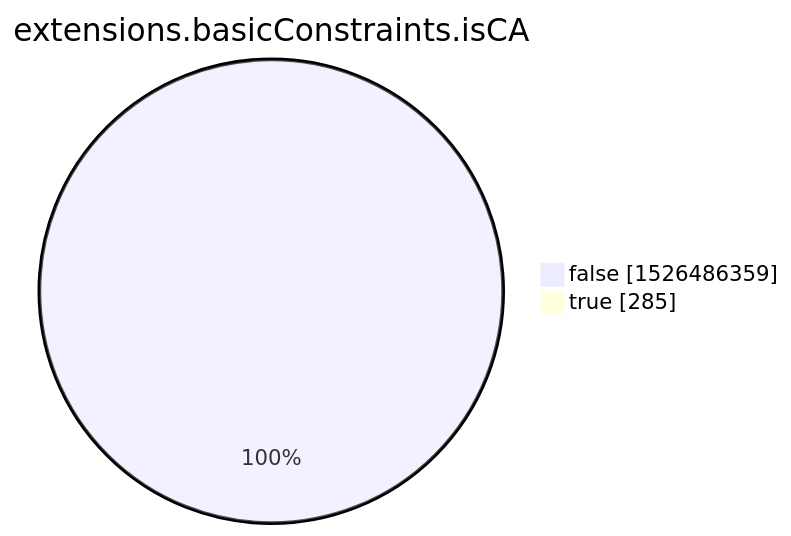
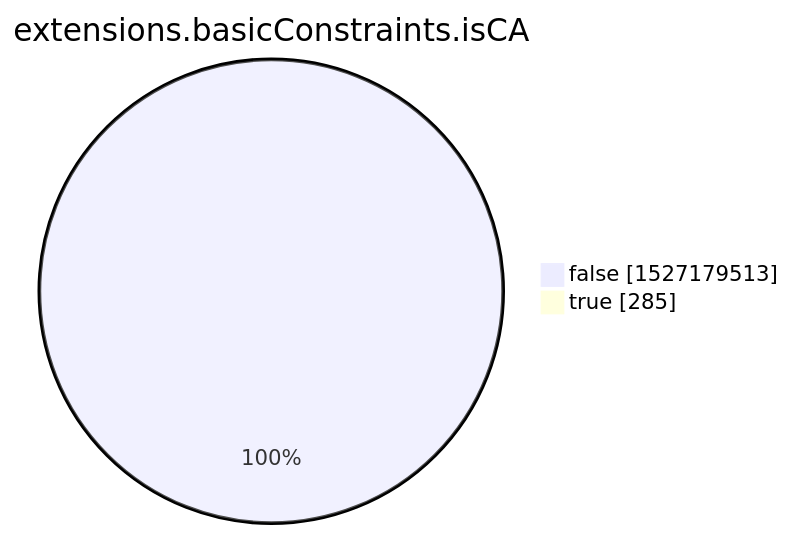
The eighth of 15 diagrams in xenon2022/README.md (christiankrug/ctmonitor_visualization), drawn with Mermaid before and after one commit. The commit also changed other lines of this file, not shown here.

````diff
--- a/xenon2022/README.md
+++ b/xenon2022/README.md
@@ -2857,6 +2857,6 @@
 ```mermaid
 pie showData
 title extensions.basicConstraints.isCA
-"false" :1526486359
+"false" :1527179513
 "true" :285
 ```
````
